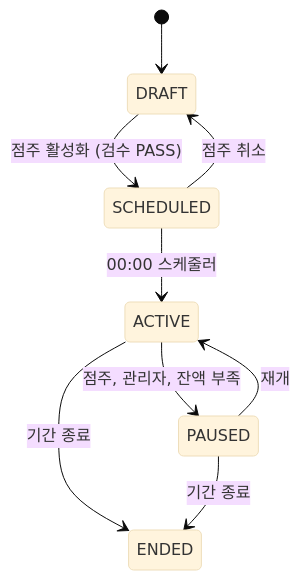
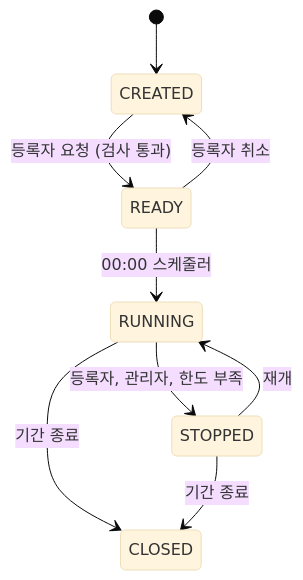
Before and after one commit to lunch-catch/lc-backend: the second of 3 diagrams in docs/design/구조와_동작_설계_가이드.md, drawn with Mermaid (base theme). The commit also changed other lines of this file, not shown here.

````diff
--- a/docs/design/구조와_동작_설계_가이드.md
+++ b/docs/design/구조와_동작_설계_가이드.md
@@ -125,11 +206,11 @@
 ```mermaid
 stateDiagram-v2
-    [*] --> DRAFT
-    DRAFT --> SCHEDULED: 점주 활성화 (검수 PASS)
-    SCHEDULED --> DRAFT: 점주 취소
-    SCHEDULED --> ACTIVE: 00:00 스케줄러
-    ACTIVE --> PAUSED: 점주, 관리자, 잔액 부족
-    PAUSED --> ACTIVE: 재개
-    ACTIVE --> ENDED: 기간 종료
-    PAUSED --> ENDED: 기간 종료
+    [*] --> CREATED
+    CREATED --> READY: 등록자 요청 (검사 통과)
+    READY --> CREATED: 등록자 취소
+    READY --> RUNNING: 00:00 스케줄러
+    RUNNING --> STOPPED: 등록자, 관리자, 한도 부족
+    STOPPED --> RUNNING: 재개
+    RUNNING --> CLOSED: 기간 종료
+    STOPPED --> CLOSED: 기간 종료
 ```
````
